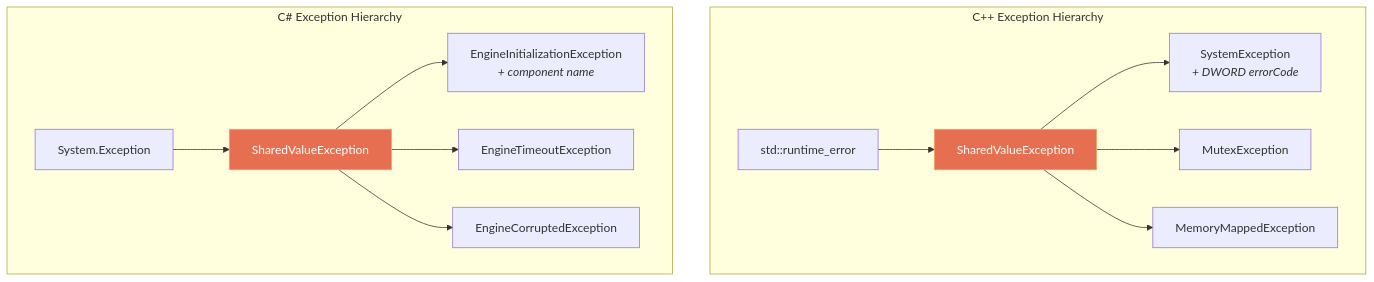
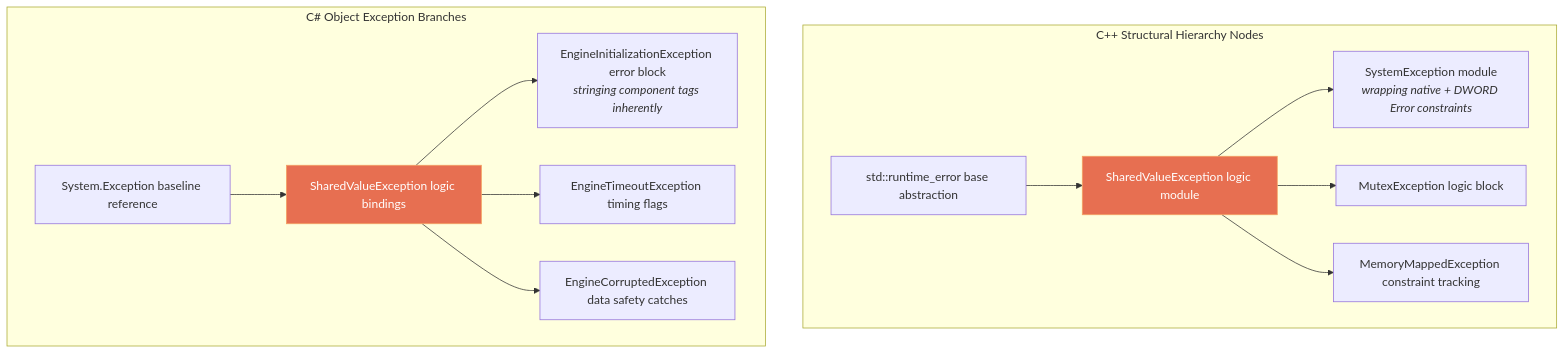
Diagram 17 of 23 in SharedValueV3_MemMap/ARCHITECTURE.md (snodeplannen/sharedvar), drawn with Mermaid before and after one commit. The commit also changed other lines of this file and 90 other files, not shown here.

````diff
--- a/SharedValueV3_MemMap/ARCHITECTURE.md
+++ b/SharedValueV3_MemMap/ARCHITECTURE.md
@@ -588,31 +587,31 @@
 ```mermaid
 graph TD
-    subgraph "C++ Exception Hierarchy"
-        STD["std::runtime_error"]
-        SVE_CPP["SharedValueException"]
-        SYS["SystemException<br/><i>+ DWORD errorCode</i>"]
-        MTX_CPP["MutexException"]
-        MEM_CPP["MemoryMappedException"]
+    subgraph "C++ Structural Hierarchy Nodes"
+        STD["std::runtime_error base abstraction"]
+        SVE_CPP["SharedValueException logic module"]
+        SYS["SystemException module<br/><i>wrapping native + DWORD Error constraints</i>"]
+        MTX_CPP["MutexException logic block"]
+        MEM_CPP["MemoryMappedException constraint tracking"]
 
         STD --> SVE_CPP
         SVE_CPP --> SYS
         SVE_CPP --> MTX_CPP
         SVE_CPP --> MEM_CPP
     end
 
-    subgraph "C# Exception Hierarchy"
-        DOTNET["System.Exception"]
-        SVE_CS["SharedValueException"]
-        INIT["EngineInitializationException<br/><i>+ component name</i>"]
-        TIMEOUT["EngineTimeoutException"]
-        CORRUPT["EngineCorruptedException"]
+    subgraph "C# Object Exception Branches"
+        DOTNET["System.Exception baseline reference"]
+        SVE_CS["SharedValueException logic bindings"]
+        INIT["EngineInitializationException error block<br/><i>stringing component tags inherently</i>"]
+        TIMEOUT["EngineTimeoutException timing flags"]
+        CORRUPT["EngineCorruptedException data safety catches"]
 
         DOTNET --> SVE_CS
         SVE_CS --> INIT
         SVE_CS --> TIMEOUT
         SVE_CS --> CORRUPT
     end
 
     style SVE_CPP fill:#e76f51,stroke:#f4a261,color:#fff
     style SVE_CS fill:#e76f51,stroke:#f4a261,color:#fff
 ```
````
